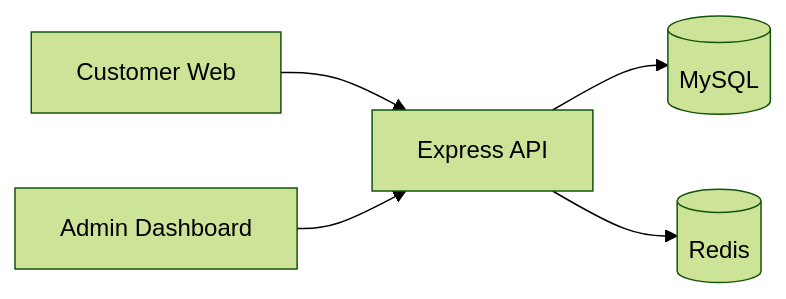
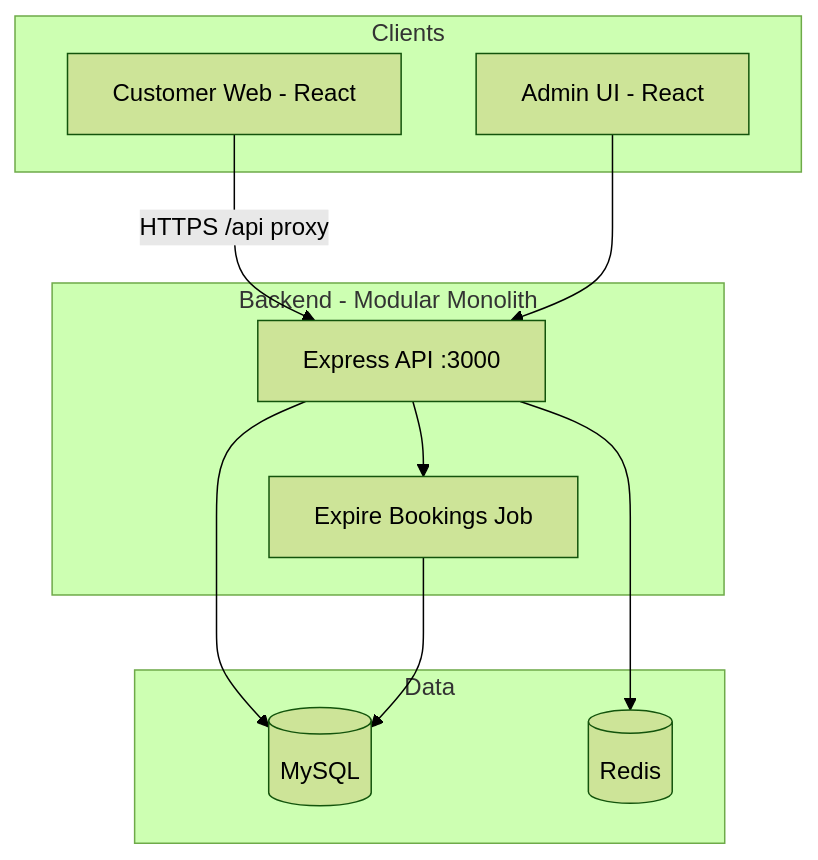
The first of 4 diagrams in docs/ARCHITECTURE.md (kkang0302/Ticket-Booking-Web), drawn with Mermaid (forest theme) before and after one commit. The commit also changed other lines of this file and 16 other files, not shown here.

````diff
--- a/docs/ARCHITECTURE.md
+++ b/docs/ARCHITECTURE.md
@@ -5,13 +62,24 @@
 ```mermaid
-flowchart LR
-  Customer[Customer Web]
-  Admin[Admin Dashboard]
-  API[Express API]
-  MySQL[(MySQL)]
-  Redis[(Redis)]
+flowchart TB
+  subgraph clients [Clients]
+    CW[Customer Web - React]
+    AD[Admin UI - React]
+  end
 
-  Customer --> API
-  Admin --> API
-  API --> MySQL
-  API --> Redis
+  subgraph backend [Backend - Modular Monolith]
+    API[Express API :3000]
+    JOB[Expire Bookings Job]
+    API --> JOB
+  end
+
+  subgraph data [Data]
+    MY[(MySQL)]
+    RD[(Redis)]
+  end
+
+  CW -->|HTTPS /api proxy| API
+  AD --> API
+  API --> MY
+  API --> RD
+  JOB --> MY
 ```
````
